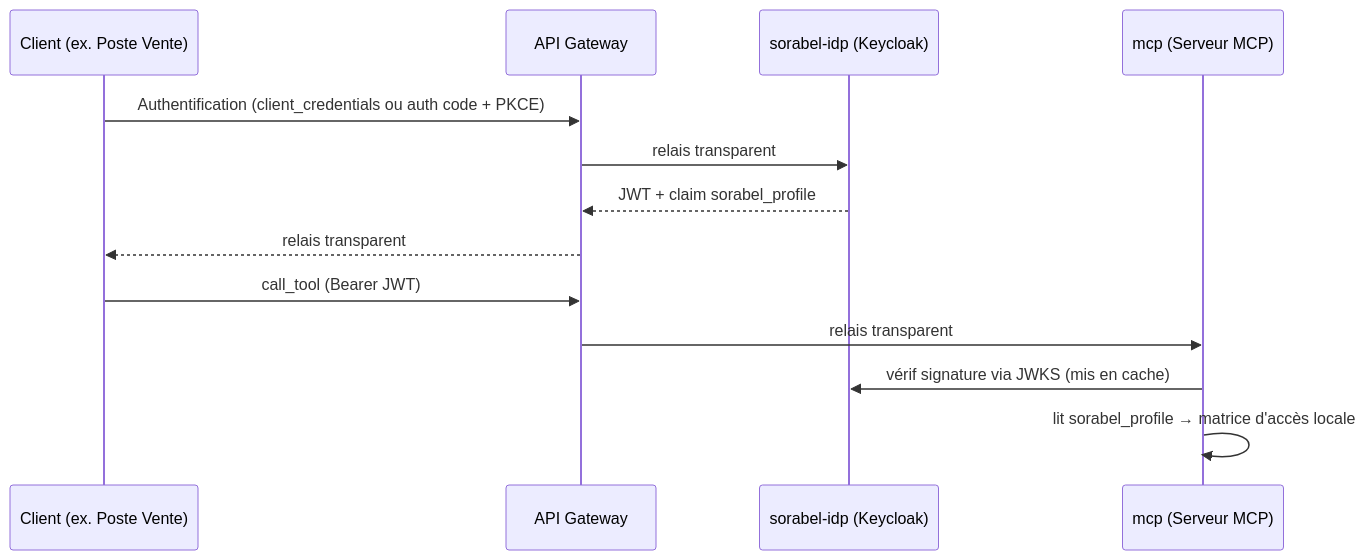
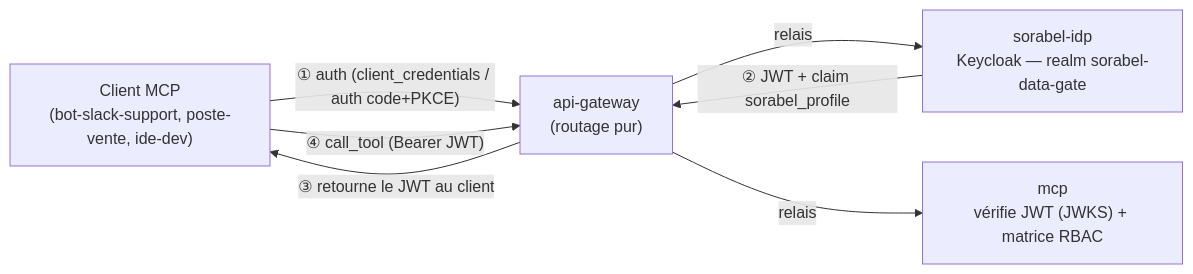
The diagram in sorabel-idp/README.md (acerolaz/sorabel), drawn with Mermaid before and after one commit. The commit also changed other lines of this file and 9 other files, not shown here.

First line of the commit message:
feat(sorabel-idp): ajoute la stack Docker Keycloak (#11)

````diff
--- a/sorabel-idp/README.md
+++ b/sorabel-idp/README.md
@@ -35,16 +13,14 @@
 ```mermaid
-sequenceDiagram
-    participant C as Client (ex. Poste Vente)
-    participant GW as API Gateway
-    participant KC as sorabel-idp (Keycloak)
-    participant M as mcp (Serveur MCP)
+flowchart LR
+    Client["Client MCP<br/>(bot-slack-support, poste-vente, ide-dev)"]
+    GW["api-gateway<br/>(routage pur)"]
+    IDP["sorabel-idp<br/>Keycloak — realm sorabel-data-gate"]
+    MCP["mcp<br/>vérifie JWT (JWKS) + matrice RBAC"]
 
-    C->>GW: Authentification (client_credentials ou auth code + PKCE)
-    GW->>KC: relais transparent
-    KC-->>GW: JWT + claim sorabel_profile
-    GW-->>C: relais transparent
-    C->>GW: call_tool (Bearer JWT)
-    GW->>M: relais transparent
-    M->>KC: vérif signature via JWKS (mis en cache)
-    M->>M: lit sorabel_profile → matrice d'accès locale
+    Client -->|"① auth (client_credentials / auth code+PKCE)"| GW
+    GW -->|"relais"| IDP
+    IDP -->|"② JWT + claim sorabel_profile"| GW
+    GW -->|"③ retourne le JWT au client"| Client
+    Client -->|"④ call_tool (Bearer JWT)"| GW
+    GW -->|"relais"| MCP
 ```
````
